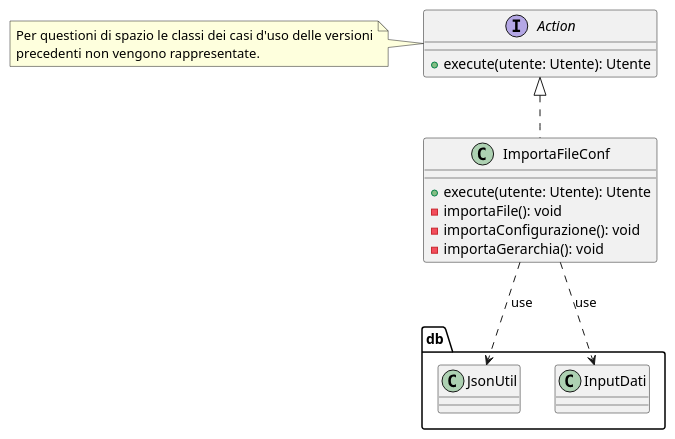
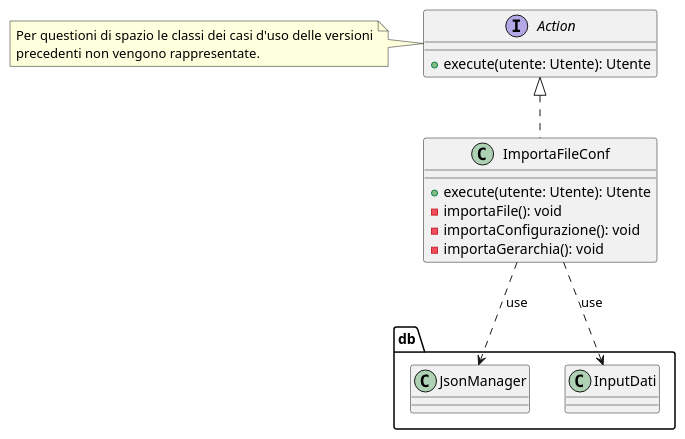
The diagram in Documentation/Ver5/controller.puml (bernagit/IngegneriaSoftware), drawn with PlantUML before and after one commit. The commit also changed 34 other files, not shown here.

Commit message:
updates uml diagram

```diff
--- a/Documentation/Ver5/controller.puml
+++ b/Documentation/Ver5/controller.puml
@@ -1,25 +1,25 @@
 @startuml controller
 
 interface Action{
     +execute(utente: Utente): Utente
 }
 
 note left of Action
     Per questioni di spazio le classi dei casi d'uso delle versioni
     precedenti non vengono rappresentate.
 endnote
 
 class ImportaFileConf implements Action{
     +execute(utente: Utente): Utente
     -importaFile(): void
     -importaConfigurazione(): void
     -importaGerarchia(): void
 }
 
-ImportaFileConf ..> db.JsonUtil: use
+ImportaFileConf ..> db.JsonManager: use
 ImportaFileConf ..> db.InputDati: use
 
 
 
 
 @enduml
```
